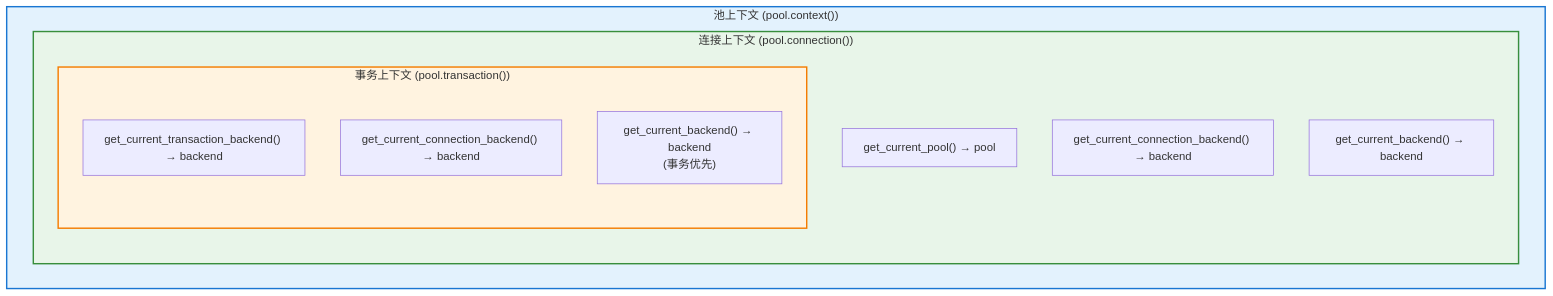
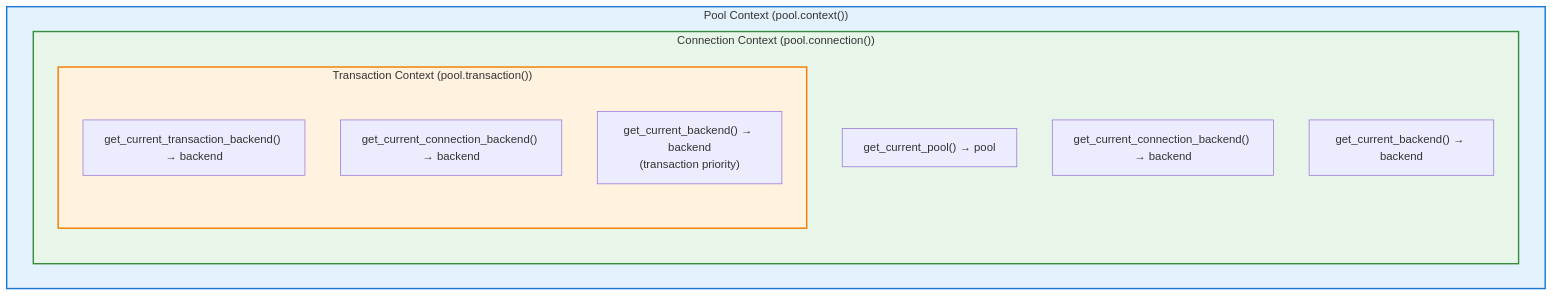
One commit to rhosocial/python-activerecord changed the third of 3 diagrams in docs/zh_CN/connection/connection_pool.md. Above: the diagram before and after it, drawn with Mermaid. The commit also changed other lines of this file and 4 other files, not shown here.

````diff
--- a/docs/zh_CN/connection/connection_pool.md
+++ b/docs/zh_CN/connection/connection_pool.md
@@ -276,19 +281,19 @@
 ```mermaid
 graph TB
-    subgraph PoolContext["池上下文 (pool.context())"]
-        subgraph ConnectionContext["连接上下文 (pool.connection())"]
+    subgraph PoolContext["Pool Context (pool.context())"]
+        subgraph ConnectionContext["Connection Context (pool.connection())"]
             POOL1["get_current_pool() → pool"]
             CONN1["get_current_connection_backend() → backend"]
             CURR1["get_current_backend() → backend"]
-            subgraph TransactionContext["事务上下文 (pool.transaction())"]
+            subgraph TransactionContext["Transaction Context (pool.transaction())"]
                 TX["get_current_transaction_backend() → backend"]
                 CONN2["get_current_connection_backend() → backend"]
-                CURR2["get_current_backend() → backend<br/>(事务优先)"]
+                CURR2["get_current_backend() → backend<br/>(transaction priority)"]
             end
         end
     end
 
     style PoolContext fill:#e3f2fd,stroke:#1976d2,stroke-width:2px
     style ConnectionContext fill:#e8f5e9,stroke:#388e3c,stroke-width:2px
     style TransactionContext fill:#fff3e0,stroke:#f57c00,stroke-width:2px
 ```
````
